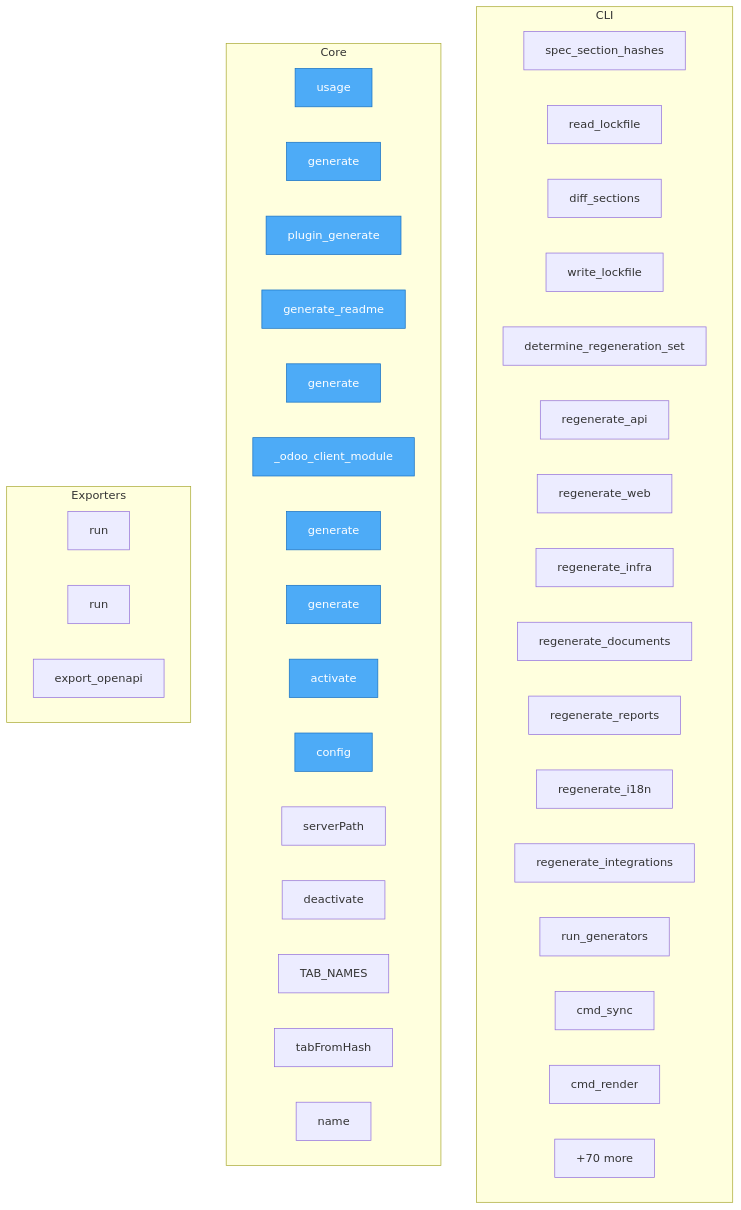
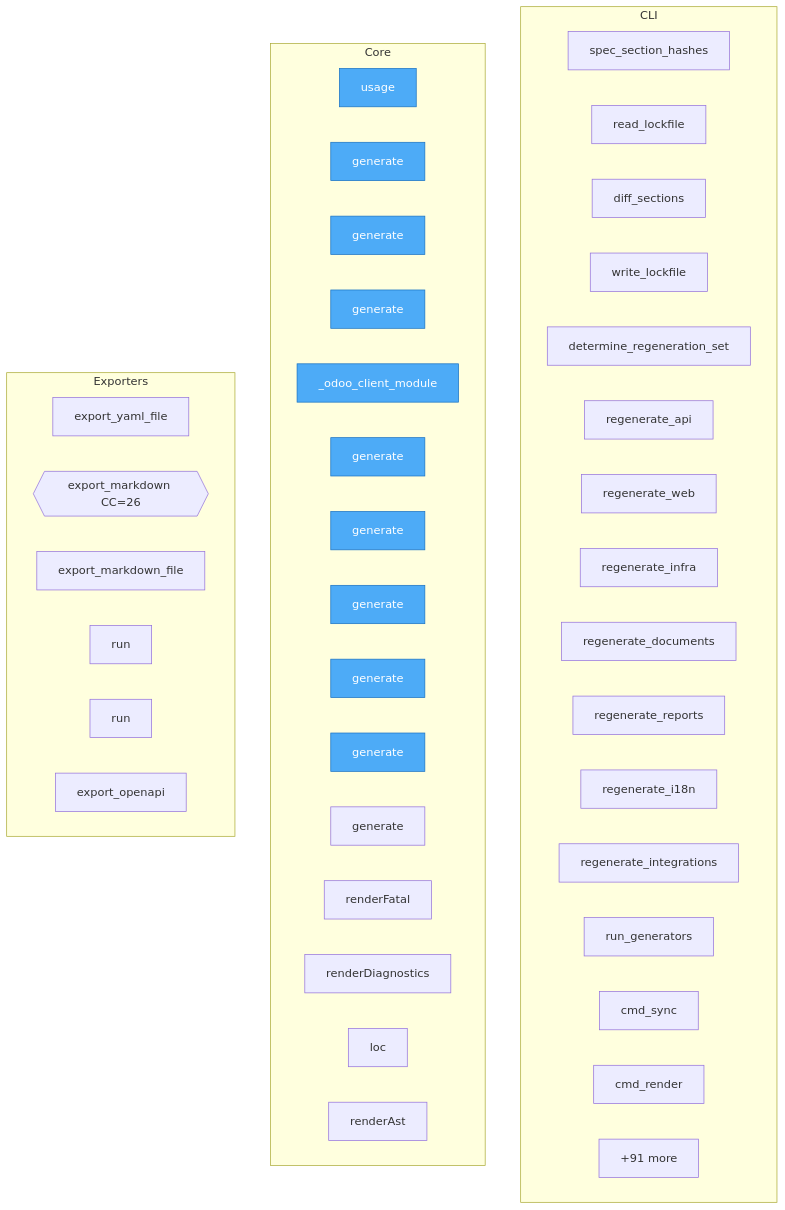
One commit to oqlos/doql changed the diagram in project/flow.mmd. Above: the diagram before and after it, drawn with Mermaid. The commit also changed 45 other files, not shown here.

```diff
--- a/project/flow.mmd
+++ b/project/flow.mmd
@@ -1,50 +1,53 @@
 flowchart TD
 
     %% Entry points (blue)
     classDef entry fill:#4dabf7,stroke:#1971c2,color:#fff
 
     subgraph CLI
         doql__cli__lockfile__spec_section_hashes["spec_section_hashes"]
         doql__cli__lockfile__read_lockfile["read_lockfile"]
         doql__cli__lockfile__diff_sections["diff_sections"]
         doql__cli__lockfile__write_lockfile["write_lockfile"]
         doql__cli__sync__determine_regeneration_set["determine_regeneration_set"]
         doql__cli__sync__regenerate_api["regenerate_api"]
         doql__cli__sync__regenerate_web["regenerate_web"]
         doql__cli__sync__regenerate_infra["regenerate_infra"]
         doql__cli__sync__regenerate_documents["regenerate_documents"]
         doql__cli__sync__regenerate_reports["regenerate_reports"]
         doql__cli__sync__regenerate_i18n["regenerate_i18n"]
         doql__cli__sync__regenerate_integrations["regenerate_integrations"]
         doql__cli__sync__run_generators["run_generators"]
         doql__cli__sync__cmd_sync["cmd_sync"]
         doql__cli__commands__render__cmd_render["cmd_render"]
         ...["+25 more"]
     end
 
     subgraph Core
         doql__usage["usage"]
         plugins__doql_plugin_fleet__doql_plugin_fleet__generate["generate"]
-        plugins___shared__base__plugin_generate["plugin_generate"]
-        plugins___shared__readme__generate_readme["generate_readme"]
         plugins__doql_plugin_gxp__doql_plugin_gxp__generate["generate"]
+        plugins__doql_plugin_iso17025__doql_plugin_iso17025__traceability__generate["generate"]
         plugins__doql_plugin_erp__doql_plugin_erp___odoo_client_module["_odoo_client_module"]
         plugins__doql_plugin_erp__doql_plugin_erp__generate["generate"]
+        plugins__doql_plugin_iso17025__doql_plugin_iso17025__certificate__generate["generate"]
+        plugins__doql_plugin_iso17025__doql_plugin_iso17025__migration__generate["generate"]
+        plugins__doql_plugin_iso17025__doql_plugin_iso17025__uncertainty__generate["generate"]
         plugins__doql_plugin_iso17025__doql_plugin_iso17025__generate["generate"]
-        vscode_doql__src__extension__activate["activate"]
-        vscode_doql__src__extension__config["config"]
-        vscode_doql__src__extension__serverPath["serverPath"]
-        vscode_doql__src__extension__deactivate["deactivate"]
-        playground__app__TAB_NAMES["TAB_NAMES"]
-        playground__app__tabFromHash["tabFromHash"]
-        playground__app__name["name"]
-        ...["+70 more"]
+        plugins__doql_plugin_iso17025__doql_plugin_iso17025__drift_monitor__generate["generate"]
+        playground__renderers__renderFatal["renderFatal"]
+        playground__renderers__renderDiagnostics["renderDiagnostics"]
+        playground__renderers__loc["loc"]
+        playground__renderers__renderAst["renderAst"]
+        ...["+91 more"]
     end
 
     subgraph Exporters
+        doql__exporters__yaml_exporter__export_yaml_file["export_yaml_file"]
+        doql__exporters__markdown_exporter__export_markdown{{export_markdown CC=26}}
+        doql__exporters__markdown_exporter__export_markdown_file["export_markdown_file"]
         doql__generators__export_postman__run["run"]
         doql__generators__export_ts_sdk__run["run"]
         doql__generators__api_gen__export_openapi["export_openapi"]
     end
 
-    class doql__usage,plugins__doql_plugin_fleet__doql_plugin_fleet__generate,plugins___shared__base__plugin_generate,plugins___shared__readme__generate_readme,plugins__doql_plugin_gxp__doql_plugin_gxp__generate,plugins__doql_plugin_erp__doql_plugin_erp___odoo_client_module,plugins__doql_plugin_erp__doql_plugin_erp__generate,plugins__doql_plugin_iso17025__doql_plugin_iso17025__generate,vscode_doql__src__extension__activate,vscode_doql__src__extension__config entry
+    class doql__usage,plugins__doql_plugin_fleet__doql_plugin_fleet__generate,plugins__doql_plugin_gxp__doql_plugin_gxp__generate,plugins__doql_plugin_iso17025__doql_plugin_iso17025__traceability__generate,plugins__doql_plugin_erp__doql_plugin_erp___odoo_client_module,plugins__doql_plugin_erp__doql_plugin_erp__generate,plugins__doql_plugin_iso17025__doql_plugin_iso17025__certificate__generate,plugins__doql_plugin_iso17025__doql_plugin_iso17025__migration__generate,plugins__doql_plugin_iso17025__doql_plugin_iso17025__uncertainty__generate,plugins__doql_plugin_iso17025__doql_plugin_iso17025__generate entry
```
